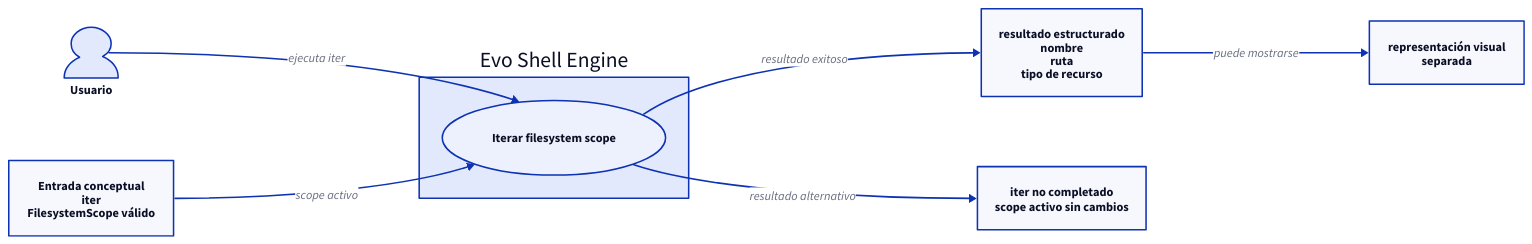
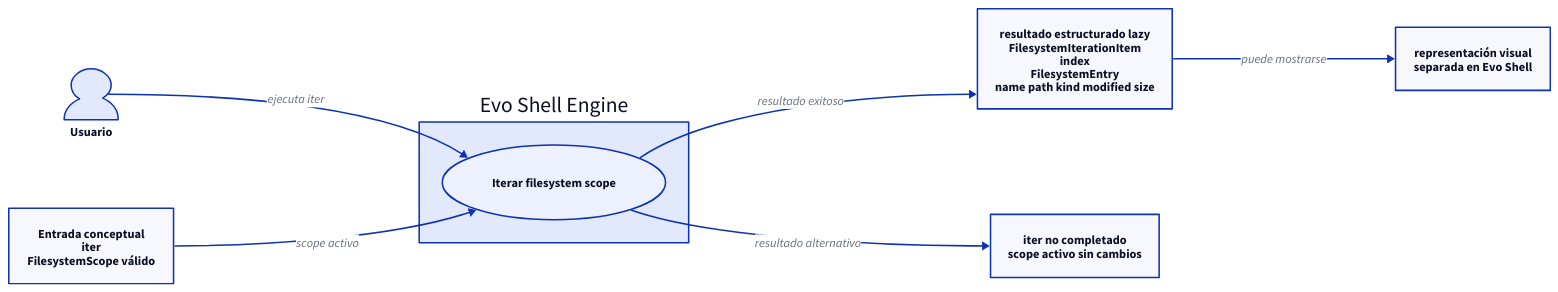
The diagram in evo-shell-engine/technical_documentation/use_cases/UC-002-iterate-filesystem-scope/use-case.d2 (niqel/evolution), drawn with D2 before and after one commit. The commit also changed 9 other files, not shown here.

Commit message:
docs: define structured iteration technical flow

```diff
--- a/evo-shell-engine/technical_documentation/use_cases/UC-002-iterate-filesystem-scope/use-case.d2
+++ b/evo-shell-engine/technical_documentation/use_cases/UC-002-iterate-filesystem-scope/use-case.d2
@@ -1,35 +1,35 @@
 direction: right
 
 usuario: "Usuario" {
   shape: person
 }
 
 evo_shell_engine: "Evo Shell Engine" {
   shape: rectangle
 
   iterar_scope: "Iterar filesystem scope" {
     shape: oval
   }
 }
 
 entrada: "Entrada conceptual\niter\nFilesystemScope válido" {
   shape: rectangle
 }
 
-resultado_exitoso: "resultado estructurado\nnombre\nruta\ntipo de recurso" {
+resultado_exitoso: "resultado estructurado lazy\nFilesystemIterationItem\nindex\nFilesystemEntry\nname path kind modified size" {
   shape: rectangle
 }
 
 resultado_alternativo: "iter no completado\nscope activo sin cambios" {
   shape: rectangle
 }
 
-presentacion: "representación visual\nseparada" {
+presentacion: "representación visual\nseparada en Evo Shell" {
   shape: rectangle
 }
 
 usuario -> evo_shell_engine.iterar_scope: "ejecuta iter"
 entrada -> evo_shell_engine.iterar_scope: "scope activo"
 evo_shell_engine.iterar_scope -> resultado_exitoso: "resultado exitoso"
 evo_shell_engine.iterar_scope -> resultado_alternativo: "resultado alternativo"
 resultado_exitoso -> presentacion: "puede mostrarse"
```
